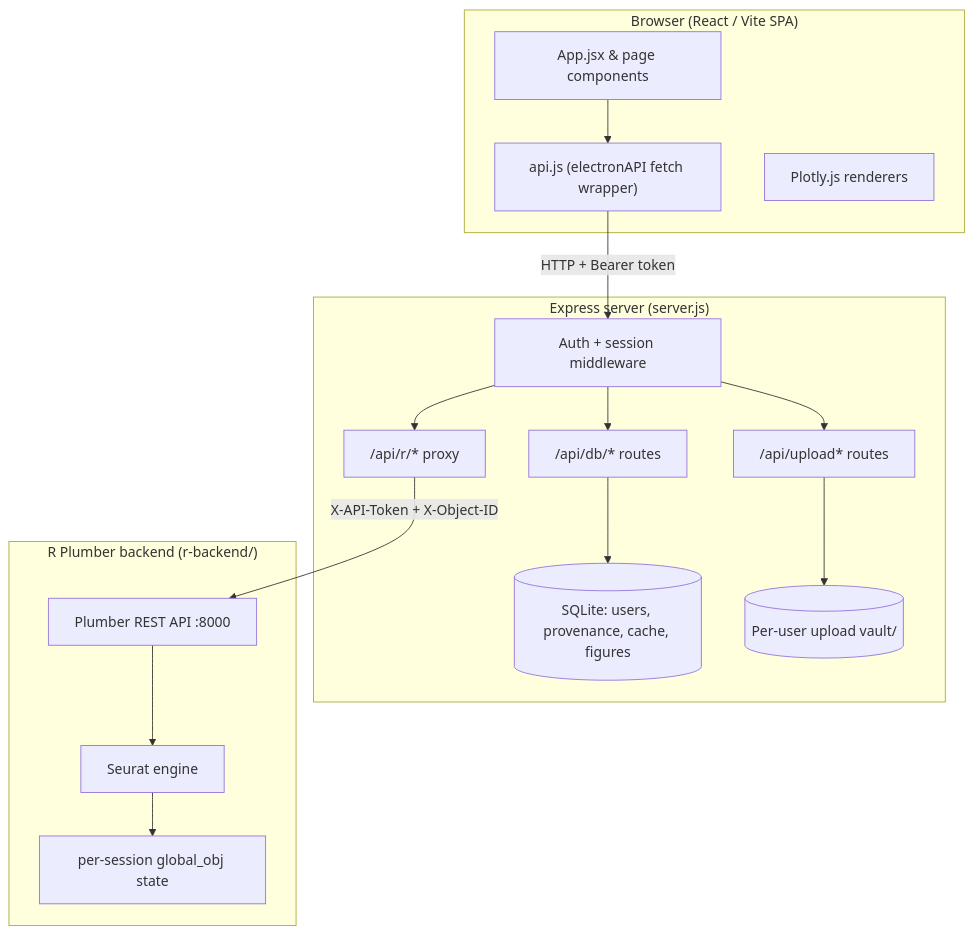
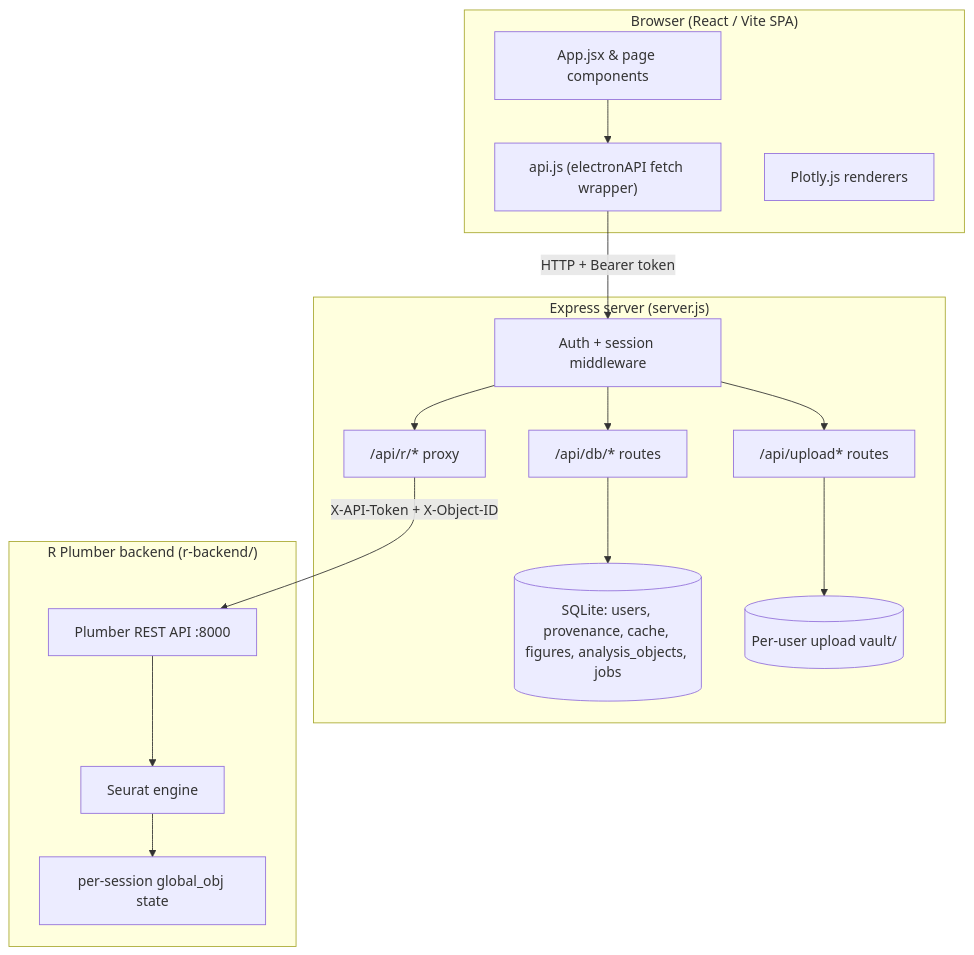
One commit to IsaacJYPan/scrna-seq changed the diagram in docs/architecture.md. Above: the diagram before and after it, drawn with Mermaid. The commit also changed other lines of this file and 5 other files, not shown here.

````diff
--- a/docs/architecture.md
+++ b/docs/architecture.md
@@ -22,30 +22,30 @@
 ```mermaid
 graph TD
     subgraph Browser["Browser (React / Vite SPA)"]
         UI[App.jsx & page components]
         APIClient["api.js (electronAPI fetch wrapper)"]
         Plotly[Plotly.js renderers]
     end
 
     subgraph Node["Express server (server.js)"]
         Auth[Auth + session middleware]
         DBAPI["/api/db/* routes"]
         Upload["/api/upload* routes"]
         Proxy["/api/r/* proxy"]
-        DB[(SQLite: users, provenance, cache, figures)]
+        DB[(SQLite: users, provenance, cache, figures, analysis_objects, jobs)]
         Vault[(Per-user upload vault/)]
     end
 
     subgraph RBackend["R Plumber backend (r-backend/)"]
         Plumber[Plumber REST API :8000]
         Seurat[Seurat engine]
         State[per-session global_obj state]
     end
 
     UI --> APIClient
     APIClient -->|HTTP + Bearer token| Auth
     Auth --> DBAPI --> DB
     Auth --> Upload --> Vault
     Auth --> Proxy -->|X-API-Token + X-Object-ID| Plumber
     Plumber --> Seurat --> State
 ```
````
